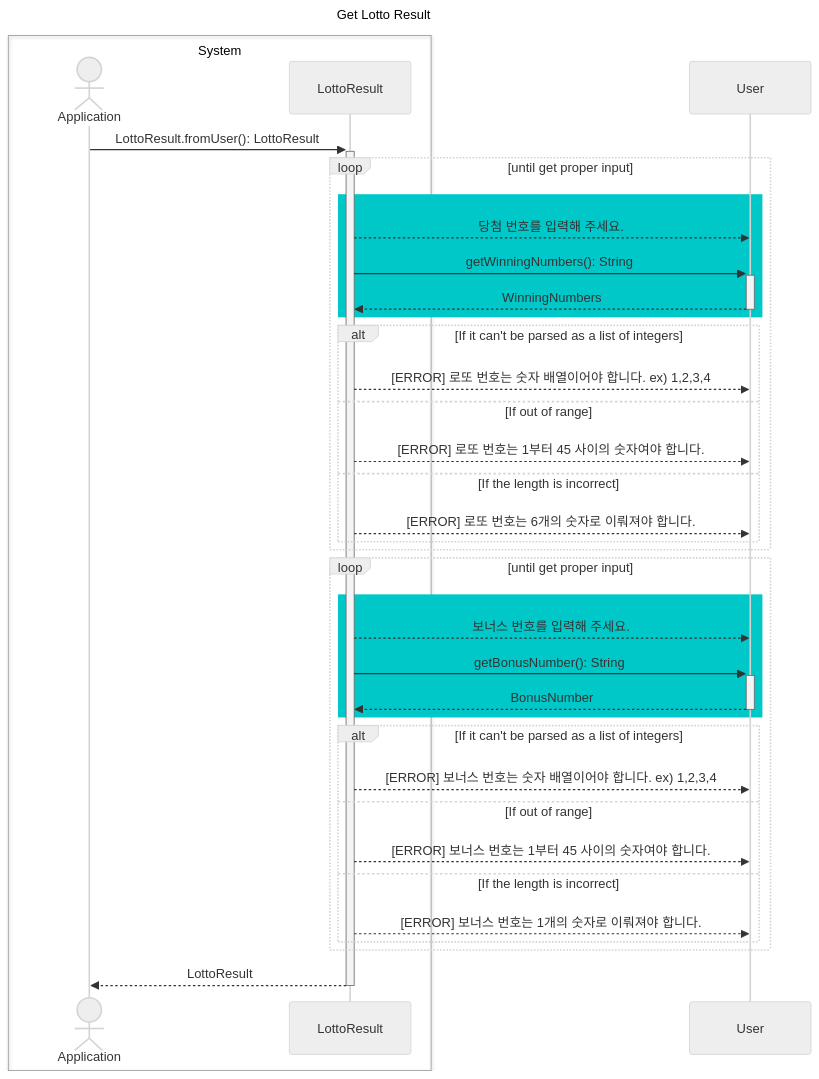
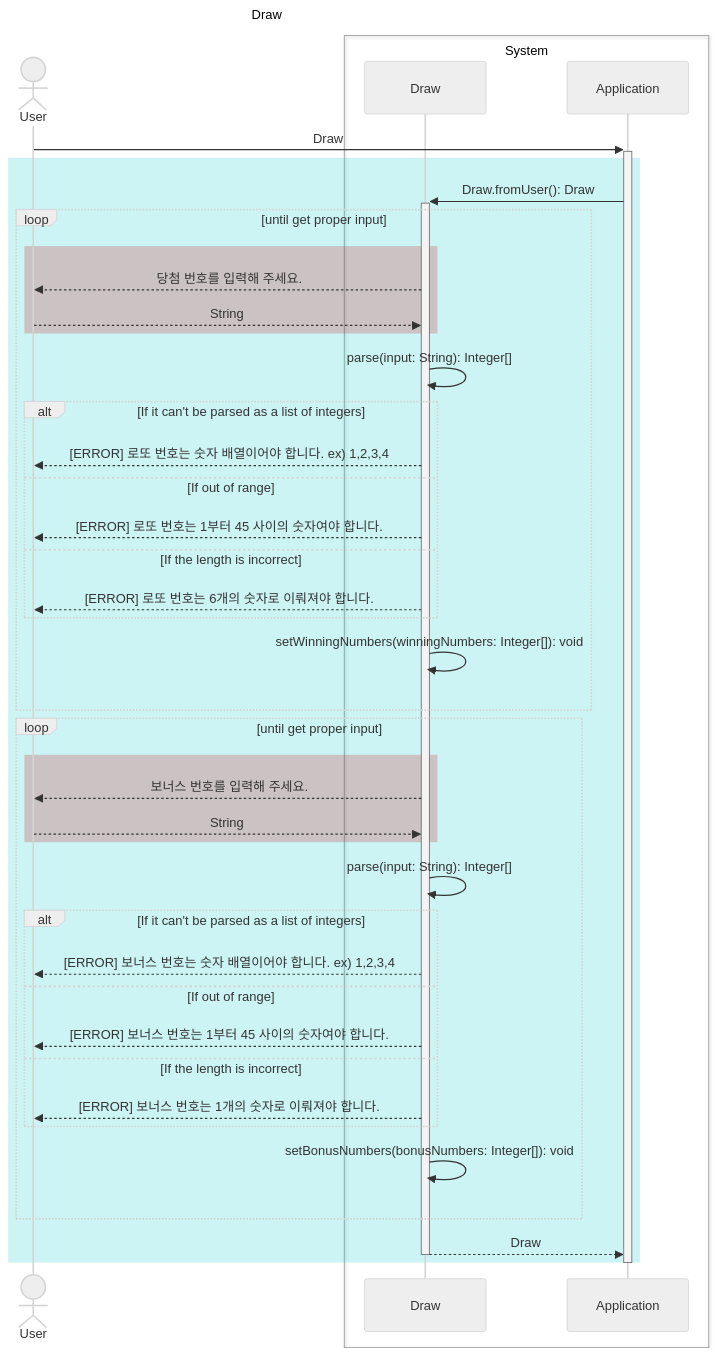
Before and after one commit to gdsc-konkuk/23-24_study_2nd_java-lotto-6: the fourth of 6 diagrams in docs/README.md, drawn with Mermaid (neutral theme). The commit also changed other lines of this file, not shown here.

````diff
--- a/docs/README.md
+++ b/docs/README.md
@@ -162,46 +179,54 @@
 ```mermaid
 ---
-title: Get Lotto Result
+title: Draw
 ---
 sequenceDiagram
+    actor User
     box System
-        actor Application
-        participant LottoResult
+        participant Draw
+        participant Application
     end
-    participant User
-    Application ->>+ LottoResult: LottoResult.fromUser(): LottoResult
 
-    loop until get proper input
-        rect rgb(0, 200, 200)
-            LottoResult -->> User: 당첨 번호를 입력해 주세요.
-            LottoResult ->>+ User: getWinningNumbers(): String
-            User -->>- LottoResult: WinningNumbers
+    User ->>+ Application: Draw
+    rect rgb(0, 200, 200, 0.2)
+        Application ->>+ Draw: Draw.fromUser(): Draw
+
+        loop until get proper input
+            rect rgb(200, 0, 0, 0.2)
+                Draw -->> User: 당첨 번호를 입력해 주세요.
+                User -->> Draw: String
+            end
+            Draw ->> Draw: parse(input: String): Integer[]
+
+            alt If it can't be parsed as a list of integers
+                Draw -->> User: [ERROR] 로또 번호는 숫자 배열이어야 합니다. ex) 1,2,3,4
+            else If out of range
+                Draw -->> User: [ERROR] 로또 번호는 1부터 45 사이의 숫자여야 합니다.
+            else If the length is incorrect
+                Draw -->> User: [ERROR] 로또 번호는 6개의 숫자로 이뤄져야 합니다.
+            end
+            Draw ->> Draw: setWinningNumbers(winningNumbers: Integer[]): void
         end
 
-        alt If it can't be parsed as a list of integers
-            LottoResult -->> User: [ERROR] 로또 번호는 숫자 배열이어야 합니다. ex) 1,2,3,4
-        else If out of range
-            LottoResult -->> User: [ERROR] 로또 번호는 1부터 45 사이의 숫자여야 합니다.
-        else If the length is incorrect
-            LottoResult -->> User: [ERROR] 로또 번호는 6개의 숫자로 이뤄져야 합니다.
+        loop until get proper input
+            rect rgb(200, 0, 0, 0.2)
+                Draw -->> User: 보너스 번호를 입력해 주세요.
+                User -->> Draw: String
+            end
+            Draw ->> Draw: parse(input: String): Integer[]
+
+            alt If it can't be parsed as a list of integers
+                Draw -->> User: [ERROR] 보너스 번호는 숫자 배열이어야 합니다. ex) 1,2,3,4
+            else If out of range
+                Draw -->> User: [ERROR] 보너스 번호는 1부터 45 사이의 숫자여야 합니다.
+            else If the length is incorrect
+                Draw -->> User: [ERROR] 보너스 번호는 1개의 숫자로 이뤄져야 합니다.
+            end
+            Draw ->> Draw: setBonusNumbers(bonusNumbers: Integer[]): void
         end
+
+        Draw -->>- Application: Draw
     end
 
-    loop until get proper input
-        rect rgb(0, 200, 200)
-            LottoResult -->> User: 보너스 번호를 입력해 주세요.
-            LottoResult ->>+ User: getBonusNumber(): String
-            User -->>- LottoResult: BonusNumber
-        end
-
-        alt If it can't be parsed as a list of integers
-            LottoResult -->> User: [ERROR] 보너스 번호는 숫자 배열이어야 합니다. ex) 1,2,3,4
-        else If out of range
-            LottoResult -->> User: [ERROR] 보너스 번호는 1부터 45 사이의 숫자여야 합니다.
-        else If the length is incorrect
-            LottoResult -->> User: [ERROR] 보너스 번호는 1개의 숫자로 이뤄져야 합니다.
-        end
-    end
-
-    LottoResult -->>- Application: LottoResult
+    deactivate Application
 ```
````
